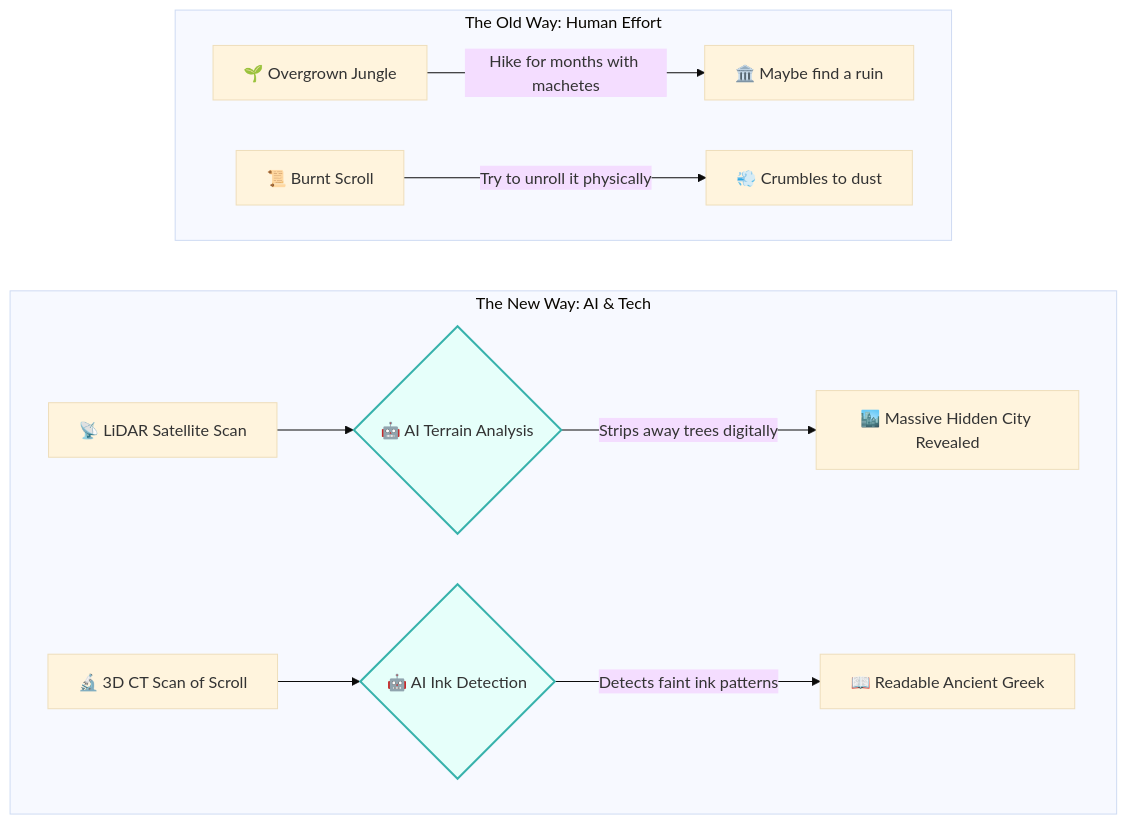
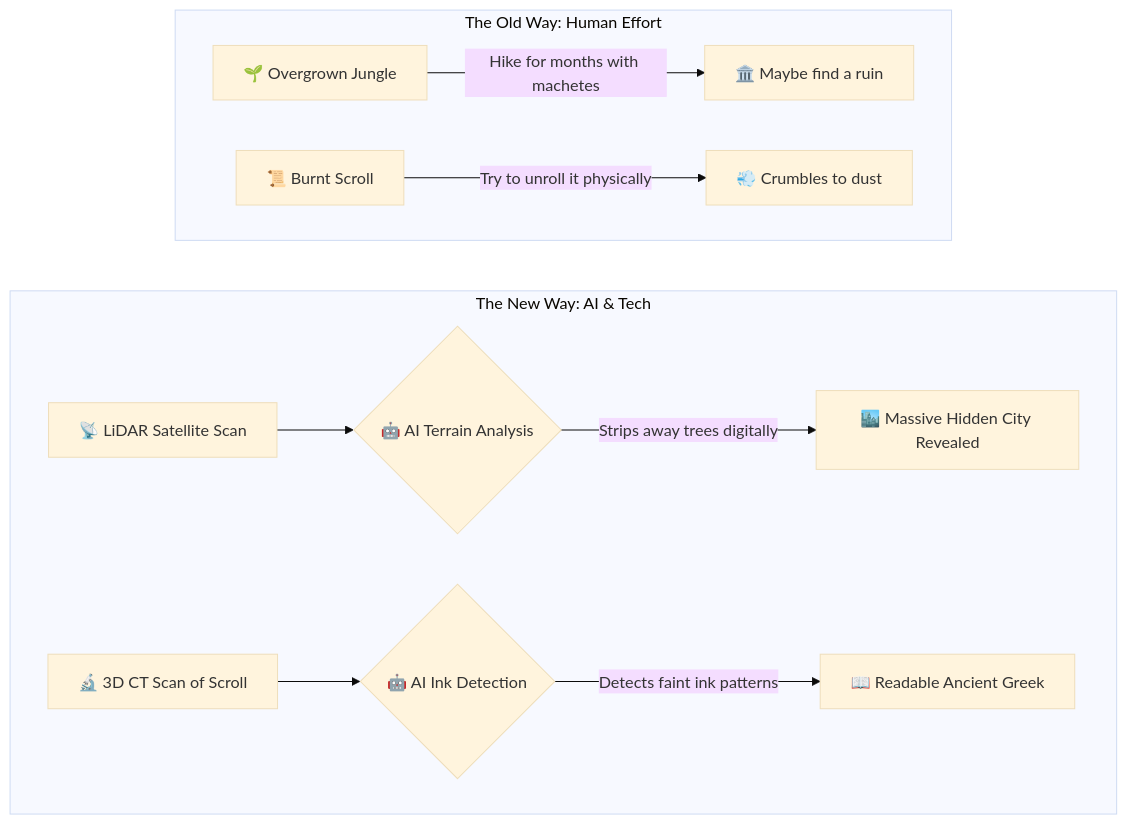
The diagram in line30_archaeology_history.md (vdonthireddy/ai-knowledge-base), drawn with Mermaid (base theme) before and after one commit. The commit also changed 30 other files, not shown here.

Commit message:
chore: Rename files and fix mermaid diagram styles for dark mode compatibility

````diff
--- a/line30_archaeology_history.md
+++ b/line30_archaeology_history.md
@@ -25,22 +25,20 @@
 ```mermaid
 graph TD
     subgraph A [The Old Way: Human Effort]
         direction LR
         Dirt[🌱 Overgrown Jungle] -->|"Hike for months with machetes"| Ruins1[🏛️ Maybe find a ruin]
         Burnt[📜 Burnt Scroll] -->|"Try to unroll it physically"| Dust[💨 Crumbles to dust]
     end
 
     Dust ~~~ B
 
     subgraph B [The New Way: AI & Tech]
         direction LR
         Scan1[📡 LiDAR Satellite Scan] --> AI1{🤖 AI Terrain Analysis}
         AI1 -->|"Strips away trees digitally"| City[🏙️ Massive Hidden City Revealed]
         
         Scan2[🔬 3D CT Scan of Scroll] --> AI2{🤖 AI Ink Detection}
         AI2 -->|"Detects faint ink patterns"| Text[📖 Readable Ancient Greek]
     end
 
-    style AI1 fill:#e6fffa,stroke:#38b2ac,stroke-width:2px
-    style AI2 fill:#e6fffa,stroke:#38b2ac,stroke-width:2px
 ```
````
